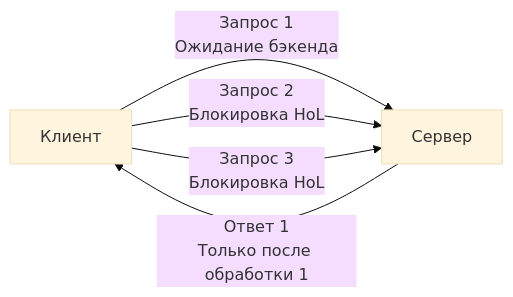
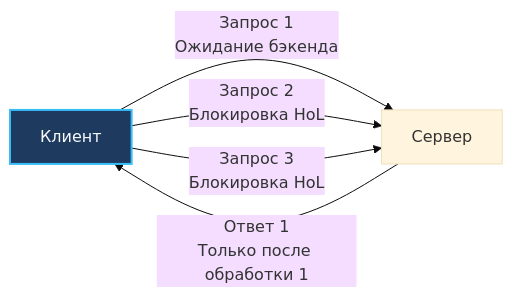
Before and after one commit to UnrealTemplier/go-textbook: the first of 2 diagrams in sources/3. Компьютерные сети и сетевой стек/40. Head of Line Blocking, Slowloris и деградация под нагрузкой.md, drawn with Mermaid (base theme). The commit also changed 1666 other files, not shown here.

First line of the commit message:
feat(mermaid): add semantic color classDef to 1369 colorless flowchart/graph diagrams

````diff
--- a/sources/3. Компьютерные сети и сетевой стек/40. Head of Line Blocking, Slowloris и деградация под нагрузкой.md
+++ b/sources/3. Компьютерные сети и сетевой стек/40. Head of Line Blocking, Slowloris и деградация под нагрузкой.md
@@ -50,7 +50,17 @@
 ```mermaid
 flowchart LR
-    A["Клиент"] -->|"Запрос 1<br>Ожидание бэкенда"| B["Сервер"]
+    classDef process  fill:#1e293b,stroke:#38bdf8,stroke-width:1px,color:#f8fafc
+    classDef success  fill:#064e3b,stroke:#34d399,stroke-width:1px,color:#f8fafc
+    classDef error    fill:#7f1d1d,stroke:#f87171,stroke-width:1px,color:#f8fafc
+    classDef warning  fill:#78350f,stroke:#fbbf24,stroke-width:1px,color:#f8fafc
+    classDef entry    fill:#1e3a5f,stroke:#38bdf8,stroke-width:2px,color:#f8fafc
+    classDef aux      fill:#334155,stroke:#64748b,stroke-width:1px,color:#f8fafc
+    classDef system   fill:#312e81,stroke:#a78bfa,stroke-width:1px,color:#f8fafc
+    classDef data     fill:#132d29,stroke:#2dd4bf,stroke-width:1px,color:#f8fafc
+    classDef network  fill:#881337,stroke:#fb7185,stroke-width:1px,color:#f8fafc
+    classDef accent   fill:#1e1b4b,stroke:#818cf8,stroke-width:1px,color:#f8fafc
+    A["Клиент"]:::entry -->|"Запрос 1<br>Ожидание бэкенда"| B["Сервер"]
     A -->|"Запрос 2<br>Блокировка HoL"| B
     A -->|"Запрос 3<br>Блокировка HoL"| B
     B -->|"Ответ 1<br>Только после обработки 1"| A
 ```
````
